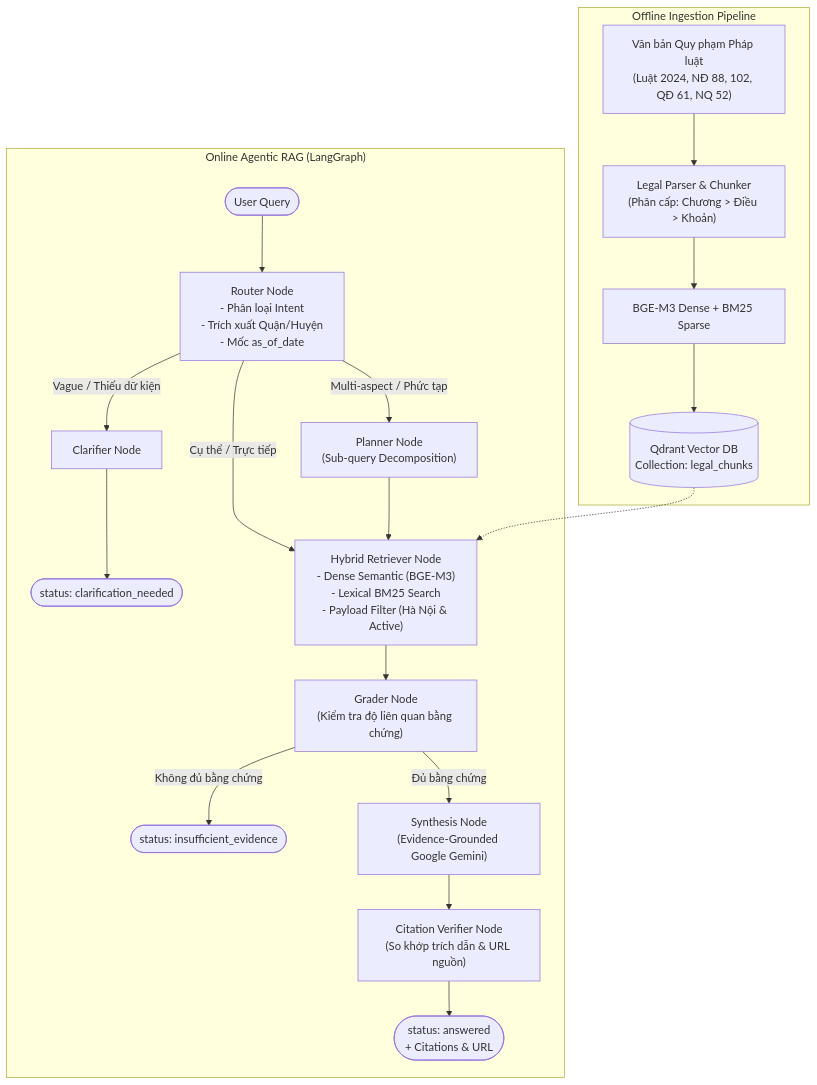
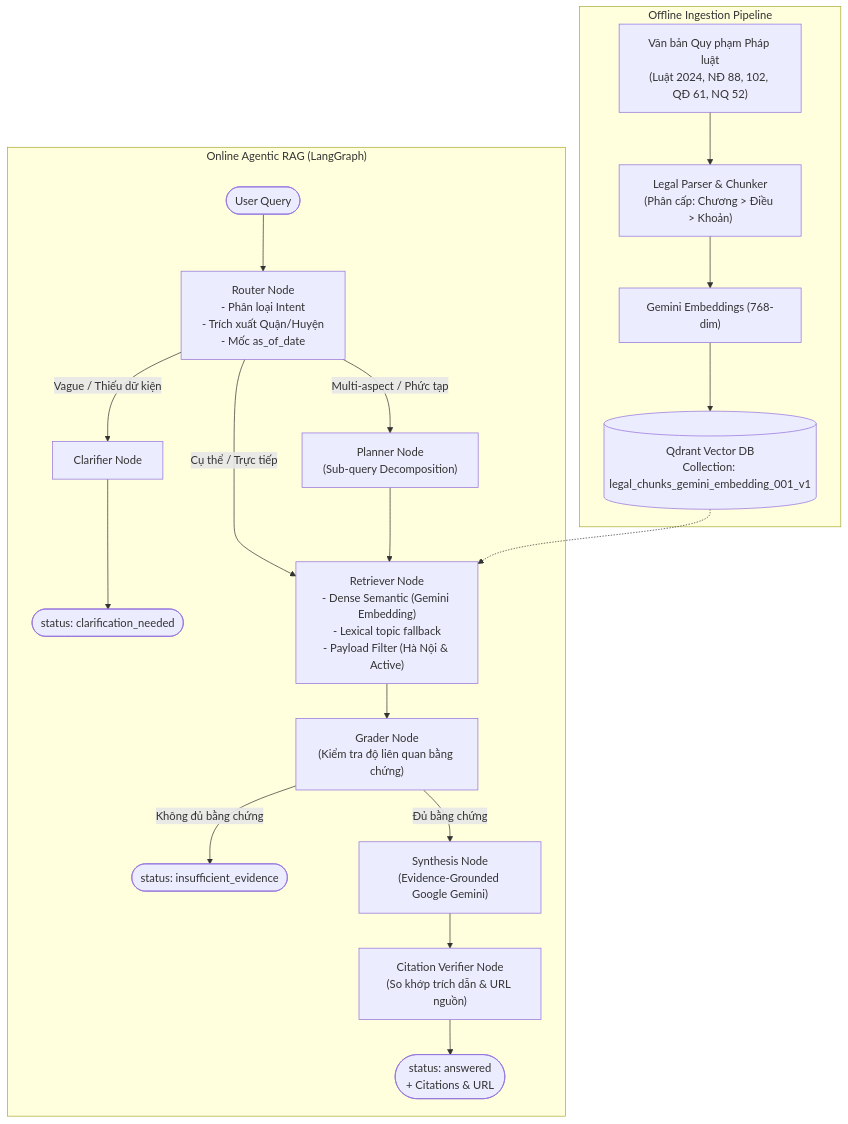
The first of 2 diagrams in README.md (dovh25/agentic-rag-legal-qa-hanoi), drawn with Mermaid before and after one commit. The commit also changed other lines of this file and 42 other files, not shown here.

````diff
--- a/README.md
+++ b/README.md
@@ -66,27 +66,27 @@
 ```mermaid
 flowchart TD
     subgraph INGESTION["Offline Ingestion Pipeline"]
         DOCS["Văn bản Quy phạm Pháp luật\n(Luật 2024, NĐ 88, 102, QĐ 61, NQ 52)"] --> PARSE["Legal Parser & Chunker\n(Phân cấp: Chương > Điều > Khoản)"]
-        PARSE --> EMBED["BGE-M3 Dense + BM25 Sparse"]
-        EMBED --> QDRANT[("Qdrant Vector DB\nCollection: legal_chunks")]
+        PARSE --> EMBED["Gemini Embeddings (768-dim)"]
+        EMBED --> QDRANT[("Qdrant Vector DB\nCollection: legal_chunks_gemini_embedding_001_v1")]
     end
 
     subgraph AGENT["Online Agentic RAG (LangGraph)"]
         START([User Query]) --> ROUTER["Router Node\n- Phân loại Intent\n- Trích xuất Quận/Huyện\n- Mốc as_of_date"]
         
         ROUTER -- "Vague / Thiếu dữ kiện" --> CLARIFY["Clarifier Node"] --> RESP_CLARIFY(["status: clarification_needed"])
         ROUTER -- "Multi-aspect / Phức tạp" --> PLANNER["Planner Node\n(Sub-query Decomposition)"]
-        ROUTER -- "Cụ thể / Trực tiếp" --> RETRIEVER["Hybrid Retriever Node\n- Dense Semantic (BGE-M3)\n- Lexical BM25 Search\n- Payload Filter (Hà Nội & Active)"]
+        ROUTER -- "Cụ thể / Trực tiếp" --> RETRIEVER["Retriever Node\n- Dense Semantic (Gemini Embedding)\n- Lexical topic fallback\n- Payload Filter (Hà Nội & Active)"]
         
         PLANNER --> RETRIEVER
         QDRANT -.-> RETRIEVER
         
         RETRIEVER --> GRADER["Grader Node\n(Kiểm tra độ liên quan bằng chứng)"]
         
         GRADER -- "Không đủ bằng chứng" --> ABSTAIN(["status: insufficient_evidence"])
         GRADER -- "Đủ bằng chứng" --> SYNTHESIS["Synthesis Node\n(Evidence-Grounded Google Gemini)"]
         
         SYNTHESIS --> VERIFY["Citation Verifier Node\n(So khớp trích dẫn & URL nguồn)"]
         VERIFY --> ANSWER(["status: answered\n+ Citations & URL"])
     end
 ```
````
